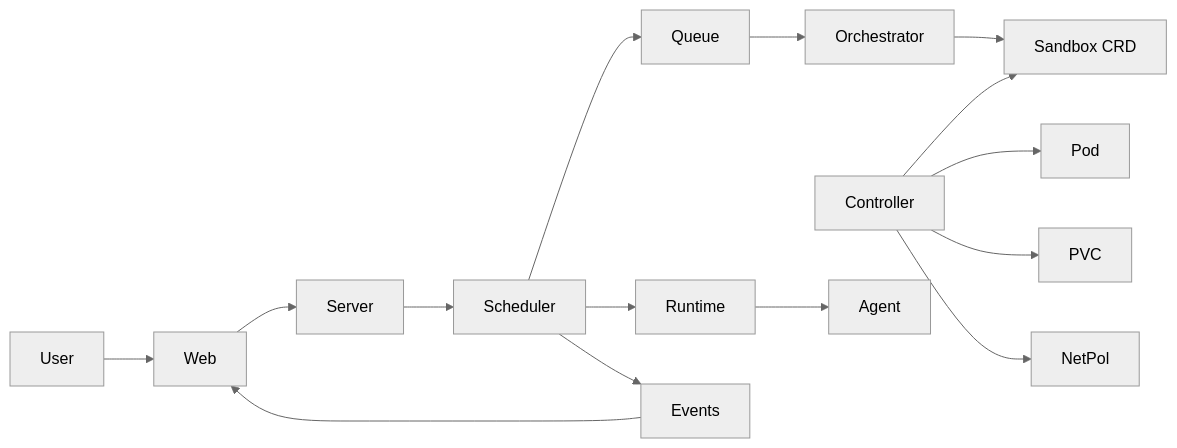
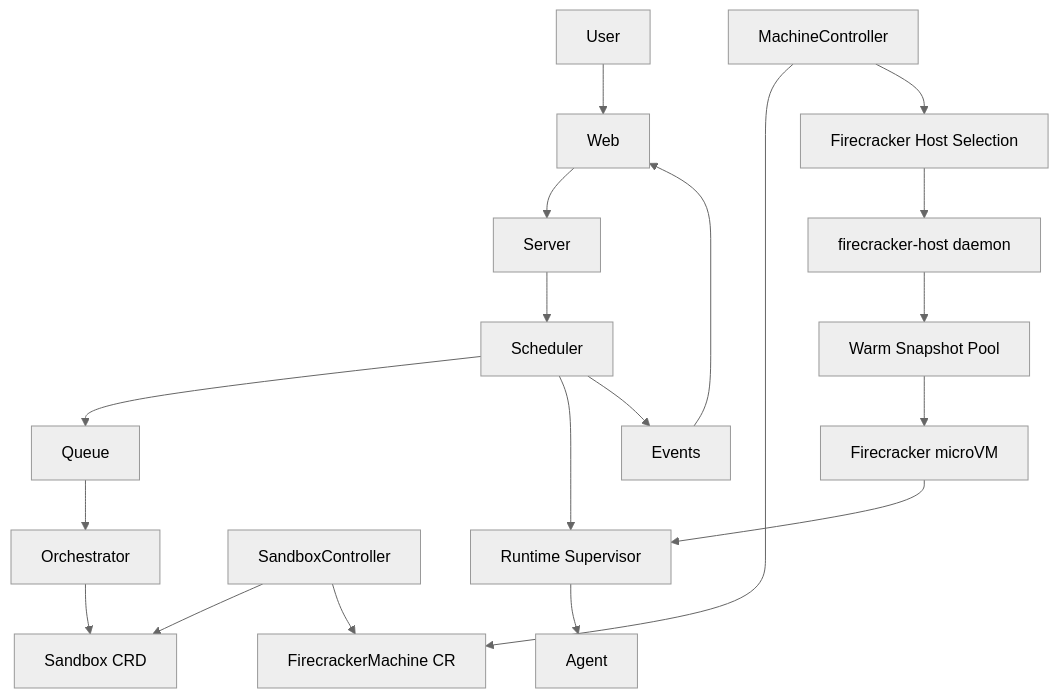
One commit to chill-czar/devin changed the diagram in README.md. Above: the diagram before and after it, drawn with Mermaid (neutral theme). The commit also changed other lines of this file and 45 other files, not shown here.

First line of the commit message:
feat(firecracker): add production microVM execution plane

````diff
--- a/README.md
+++ b/README.md
@@ -9,17 +11,21 @@
 ```mermaid
-flowchart LR
+flowchart TB
   User --> Web
   Web --> Server
   Server --> Scheduler
   Scheduler --> Queue
   Queue --> Orchestrator
-  Orchestrator --> CRD["Sandbox CRD"]
-  Controller --> CRD
-  Controller --> Pod
-  Controller --> PVC
-  Controller --> NetPol
+  Orchestrator --> SandboxCRD["Sandbox CRD"]
+  SandboxController --> SandboxCRD
+  SandboxController --> MachineCRD["FirecrackerMachine CR"]
+  MachineController --> MachineCRD
+  MachineController --> HostSelect["Firecracker Host Selection"]
+  HostSelect --> FCHost["firecracker-host daemon"]
+  FCHost --> SnapshotPool["Warm Snapshot Pool"]
+  SnapshotPool --> microVM["Firecracker microVM"]
+  microVM --> Runtime["Runtime Supervisor"]
   Scheduler --> Runtime
   Runtime --> Agent
   Scheduler --> Events
   Events --> Web
 ```
````
